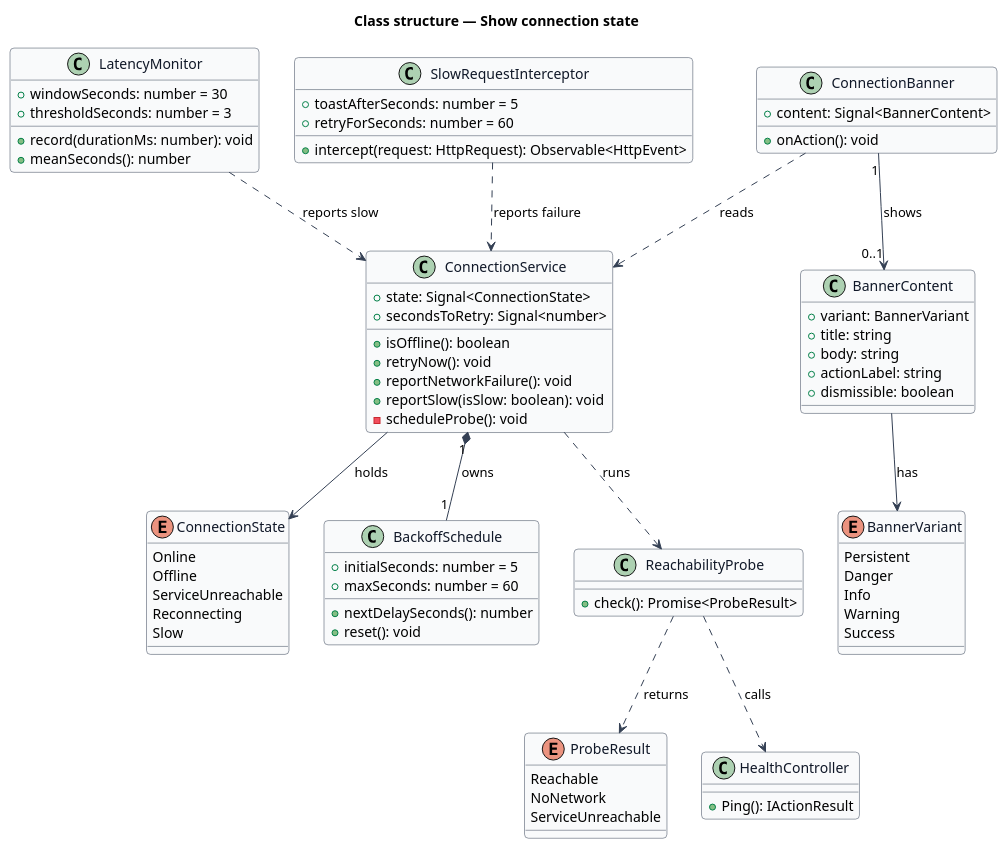
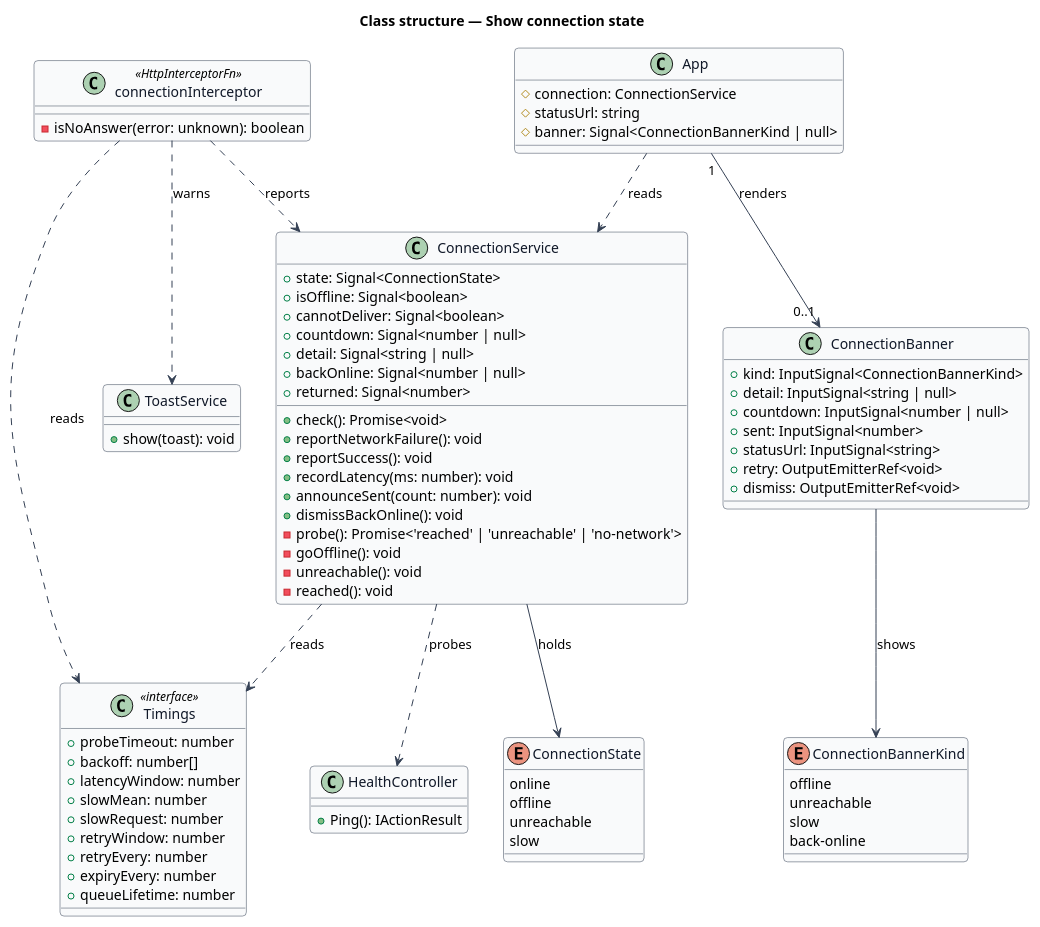
One commit to QuinntyneBrown/jubilee changed the diagram in docs/detailed-designs/offline/show-connection-state/diagrams/class-structure.puml. Above: the diagram before and after it, drawn with PlantUML. The commit also changed 50 other files, not shown here.

```diff
--- a/docs/detailed-designs/offline/show-connection-state/diagrams/class-structure.puml
+++ b/docs/detailed-designs/offline/show-connection-state/diagrams/class-structure.puml
@@ -1,99 +1,99 @@
 @startuml
 ' --- shared skin header ---
 skinparam backgroundColor #FFFFFF
 skinparam shadowing false
 skinparam roundcorner 8
 skinparam defaultFontName Arial
 skinparam ArrowColor #344054
 skinparam class {
   BorderColor #344054
   FontColor #101828
   BackgroundColor #F9FAFB
 }
 ' --------------------------
 title Class structure — Show connection state
 
 enum ConnectionState {
-  Online
-  Offline
-  ServiceUnreachable
-  Reconnecting
-  Slow
+  online
+  offline
+  unreachable
+  slow
 }
 
-enum BannerVariant {
-  Persistent
-  Danger
-  Info
-  Warning
-  Success
+enum ConnectionBannerKind {
+  offline
+  unreachable
+  slow
+  back-online
 }
 
 class ConnectionService {
   +state: Signal<ConnectionState>
-  +secondsToRetry: Signal<number>
-  +isOffline(): boolean
-  +retryNow(): void
+  +isOffline: Signal<boolean>
+  +cannotDeliver: Signal<boolean>
+  +countdown: Signal<number | null>
+  +detail: Signal<string | null>
+  +backOnline: Signal<number | null>
+  +returned: Signal<number>
+  +check(): Promise<void>
   +reportNetworkFailure(): void
-  +reportSlow(isSlow: boolean): void
-  -scheduleProbe(): void
+  +reportSuccess(): void
+  +recordLatency(ms: number): void
+  +announceSent(count: number): void
+  +dismissBackOnline(): void
+  -probe(): Promise<'reached' | 'unreachable' | 'no-network'>
+  -goOffline(): void
+  -unreachable(): void
+  -reached(): void
 }
 
-class BackoffSchedule {
-  +initialSeconds: number = 5
-  +maxSeconds: number = 60
-  +nextDelaySeconds(): number
-  +reset(): void
+class Timings <<interface>> {
+  +probeTimeout: number
+  +backoff: number[]
+  +latencyWindow: number
+  +slowMean: number
+  +slowRequest: number
+  +retryWindow: number
+  +retryEvery: number
+  +expiryEvery: number
+  +queueLifetime: number
 }
 
-class ReachabilityProbe {
-  +check(): Promise<ProbeResult>
-}
-
-enum ProbeResult {
-  Reachable
-  NoNetwork
-  ServiceUnreachable
-}
-
-class LatencyMonitor {
-  +windowSeconds: number = 30
-  +thresholdSeconds: number = 3
-  +record(durationMs: number): void
-  +meanSeconds(): number
-}
-
-class SlowRequestInterceptor {
-  +toastAfterSeconds: number = 5
-  +retryForSeconds: number = 60
-  +intercept(request: HttpRequest): Observable<HttpEvent>
-}
-
-class BannerContent {
-  +variant: BannerVariant
-  +title: string
-  +body: string
-  +actionLabel: string
-  +dismissible: boolean
+class connectionInterceptor <<HttpInterceptorFn>> {
+  -isNoAnswer(error: unknown): boolean
 }
 
 class ConnectionBanner {
-  +content: Signal<BannerContent>
-  +onAction(): void
+  +kind: InputSignal<ConnectionBannerKind>
+  +detail: InputSignal<string | null>
+  +countdown: InputSignal<number | null>
+  +sent: InputSignal<number>
+  +statusUrl: InputSignal<string>
+  +retry: OutputEmitterRef<void>
+  +dismiss: OutputEmitterRef<void>
+}
+
+class App {
+  #connection: ConnectionService
+  #statusUrl: string
+  #banner: Signal<ConnectionBannerKind | null>
+}
+
+class ToastService {
+  +show(toast): void
 }
 
 class HealthController {
   +Ping(): IActionResult
 }
 
 ConnectionService --> ConnectionState : holds
-ConnectionService "1" *-- "1" BackoffSchedule : owns
-ConnectionService ..> ReachabilityProbe : runs
-ReachabilityProbe ..> ProbeResult : returns
-ReachabilityProbe ..> HealthController : calls
-LatencyMonitor ..> ConnectionService : reports slow
-SlowRequestInterceptor ..> ConnectionService : reports failure
-ConnectionBanner ..> ConnectionService : reads
-ConnectionBanner "1" --> "0..1" BannerContent : shows
-BannerContent --> BannerVariant : has
+ConnectionService ..> Timings : reads
+ConnectionService ..> HealthController : probes
+connectionInterceptor ..> ConnectionService : reports
+connectionInterceptor ..> ToastService : warns
+connectionInterceptor ..> Timings : reads
+App ..> ConnectionService : reads
+App "1" --> "0..1" ConnectionBanner : renders
+ConnectionBanner --> ConnectionBannerKind : shows
 @enduml
```
